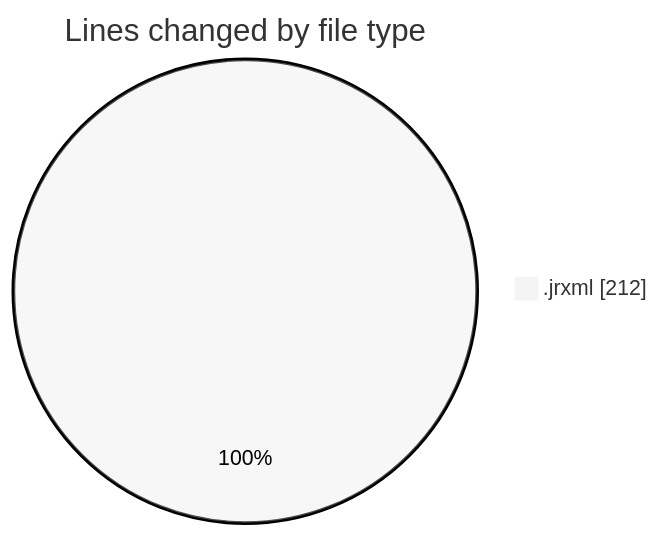
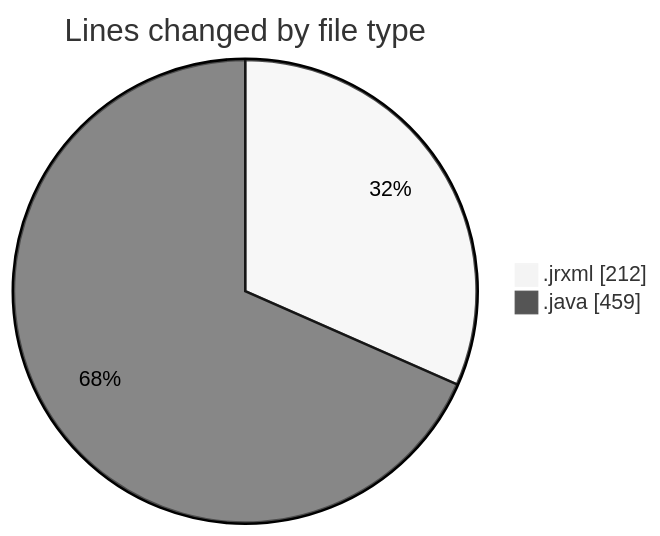
Before and after one commit to ricardozamudiocil/code-tracking: the first of 2 diagrams in 2026-10-20/cilreports__workspace_/README.md, drawn with Mermaid (neutral theme). The commit also changed other lines of this file and 1 other file, not shown here.

````diff
--- a/2026-10-20/cilreports__workspace_/README.md
+++ b/2026-10-20/cilreports__workspace_/README.md
@@ -20,5 +22,6 @@
 ```mermaid
 pie showData
 title Lines changed by file type
 ".jrxml" : 212
+".java" : 459
 ```
````
